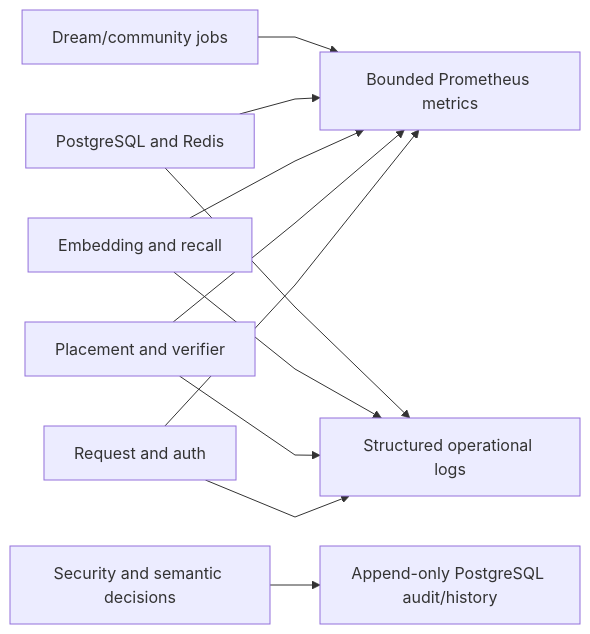
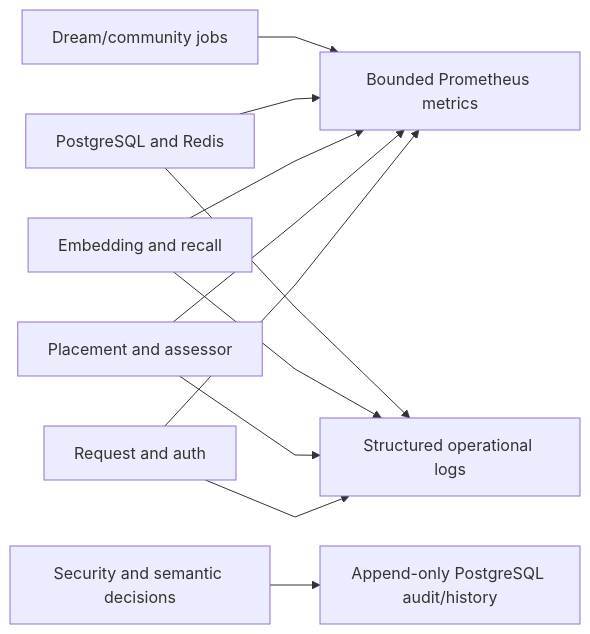
Before and after one commit to markhuangai/dense-mem: the diagram in Telemetry.md, drawn with Mermaid. The commit also changed other lines of this file and 24 other files, not shown here.

Commit message:
Document V2.4 one-call placement architecture

````diff
--- a/Telemetry.md
+++ b/Telemetry.md
@@ -13,16 +13,16 @@
 ```mermaid
 %%{init: {"flowchart": {"curve": "linear"}}}%%
 flowchart LR
   Request["Request and auth"] --> Metrics["Bounded Prometheus metrics"]
-  Placement["Placement and verifier"] --> Metrics
+  Placement["Placement and assessor"] --> Metrics
   Search["Embedding and recall"] --> Metrics
   Storage["PostgreSQL and Redis"] --> Metrics
   Optional["Dream/community jobs"] --> Metrics
 
   Request --> Logs["Structured operational logs"]
   Placement --> Logs
   Search --> Logs
   Storage --> Logs
 
   Decision["Security and semantic decisions"] --> Audit["Append-only PostgreSQL audit/history"]
 ```
````
